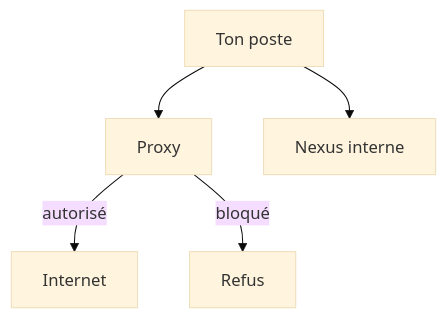
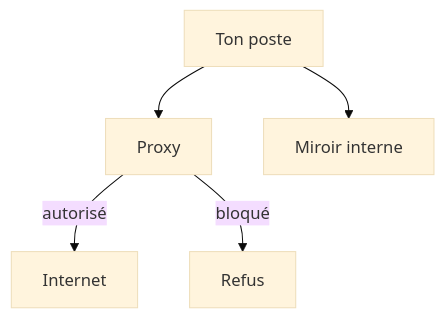
One commit to galsen-76/Informatique- changed the diagram in 03 — Concepts/Proxy.md. Above: the diagram before and after it, drawn with Mermaid (base theme). The commit also changed other lines of this file and 503 other files, not shown here.

````diff
--- a/03 — Concepts/Proxy.md
+++ b/03 — Concepts/Proxy.md
@@ -71,7 +69,7 @@
 ```mermaid
 flowchart TD
   P[Ton poste] --> X[Proxy]
   X -- autorisé --> I[Internet]
   X -- bloqué --> B[Refus]
-  P --> N[Nexus interne]
+  P --> N[Miroir interne]
 ```
````
